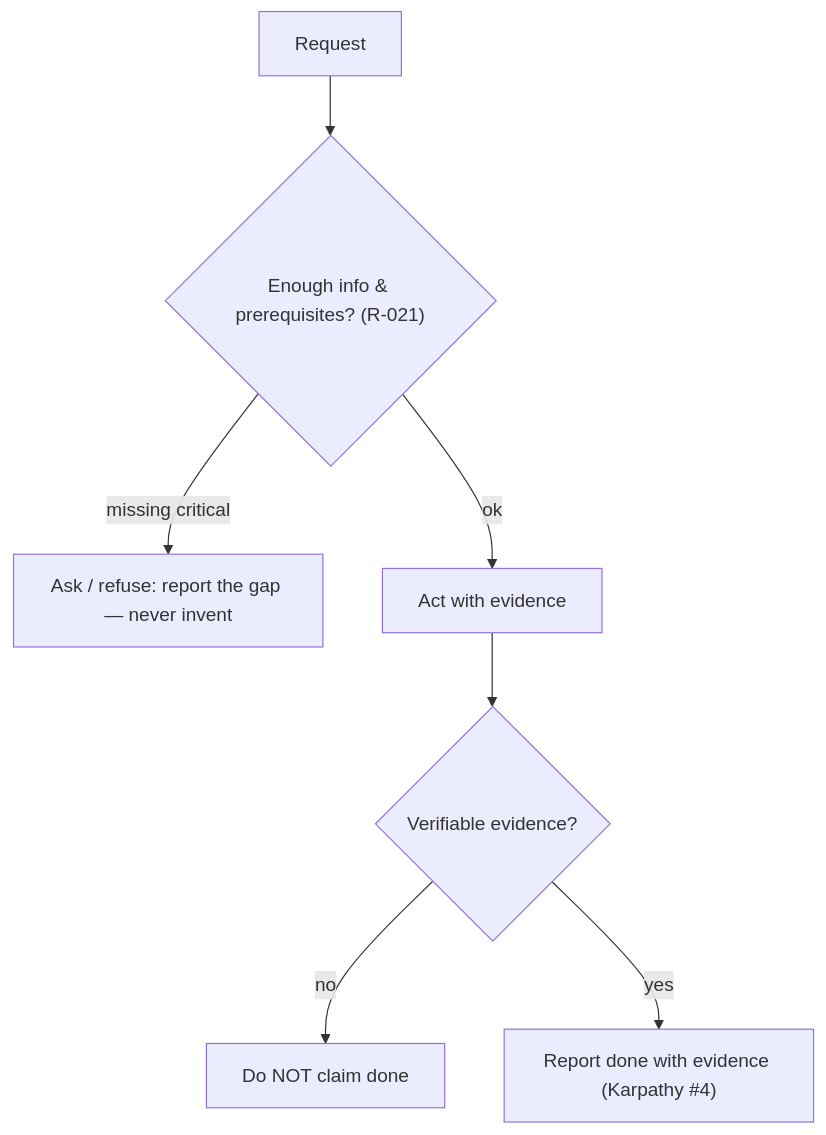
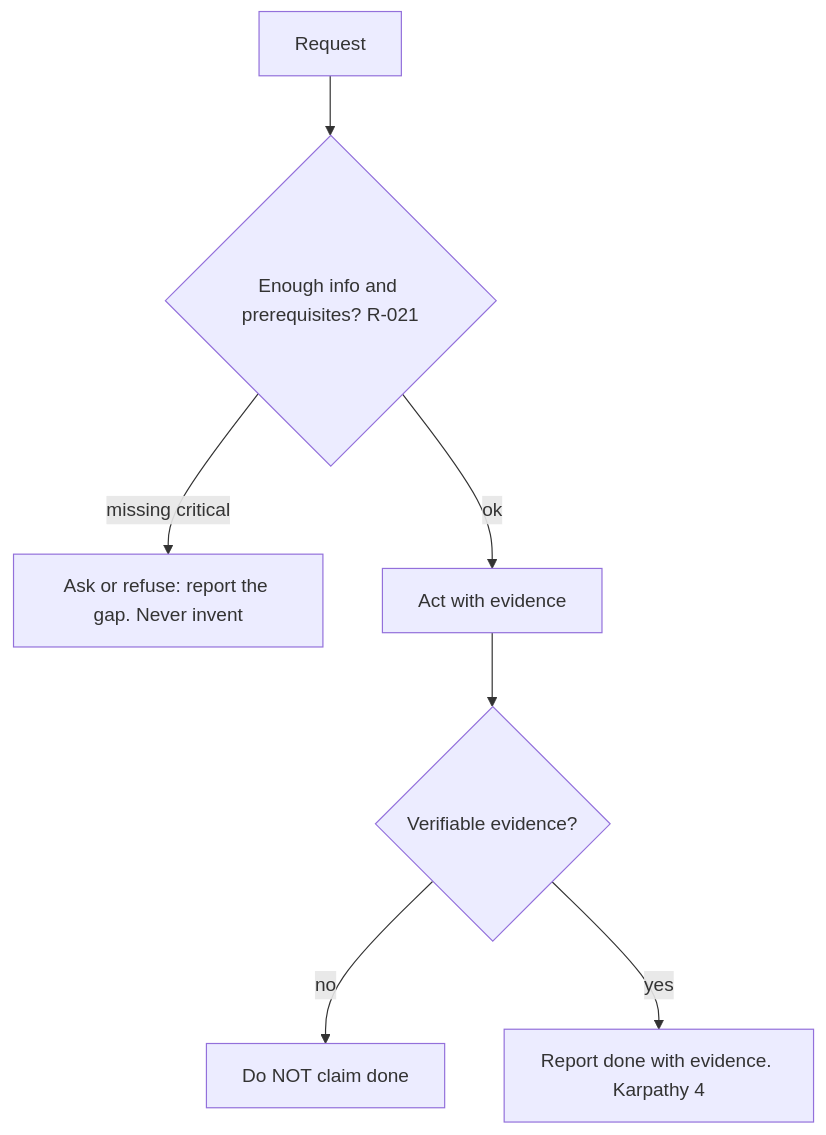
The eighth of 10 diagrams in .maestro/engine/docs/visual-flow.md (ryan-nguyen-01/agent-workspace), drawn with Mermaid before and after one commit. The commit also changed other lines of this file and 8 other files, not shown here.

First line of the commit message:
fix(diagrams): mermaid-safe syntax + single source; docs link to visual-flow

````diff
--- a/.maestro/engine/docs/visual-flow.md
+++ b/.maestro/engine/docs/visual-flow.md
@@ -132,9 +136,9 @@
 ```mermaid
 flowchart TD
-  REQ["Request"] --> K{"Enough info & prerequisites? (R-021)"}
-  K -->|"missing critical"| ASK["Ask / refuse: report the gap — never invent"]
+  REQ["Request"] --> K{"Enough info and prerequisites? R-021"}
+  K -->|missing critical| ASK["Ask or refuse: report the gap. Never invent"]
   K -->|ok| ACT["Act with evidence"]
   ACT --> EV{"Verifiable evidence?"}
   EV -->|no| NOCLAIM["Do NOT claim done"]
-  EV -->|yes| OK["Report done with evidence (Karpathy #4)"]
+  EV -->|yes| OK["Report done with evidence. Karpathy 4"]
 ```
````
